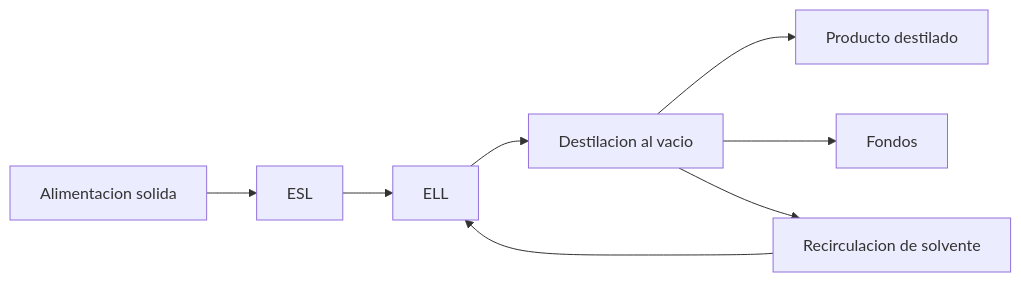
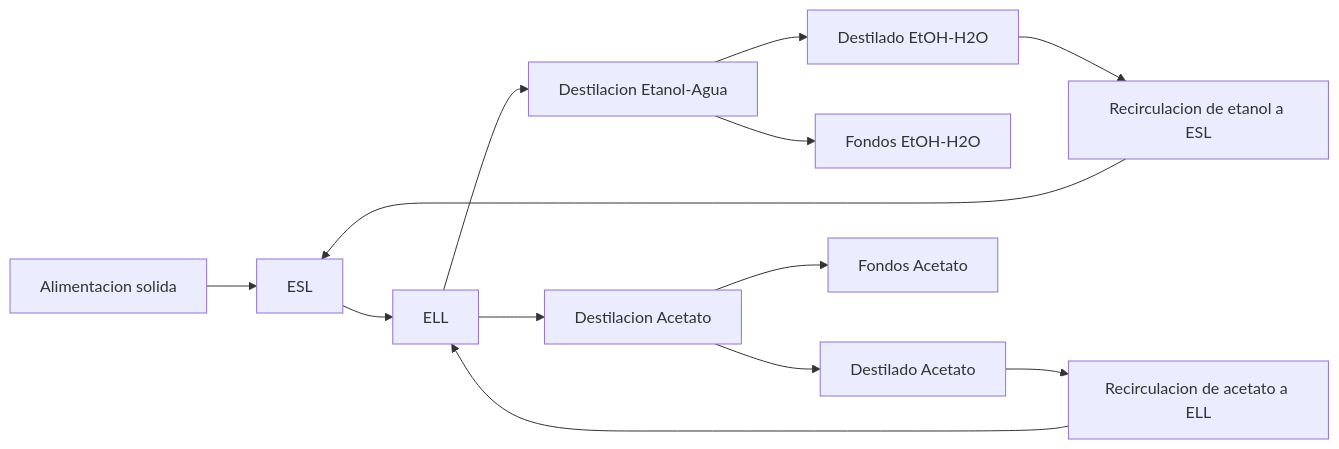
The first of 2 diagrams in PROYECTO_3ER BLOQUE/docs/Informe_3er_Bloque.md (FosforoWork/Fenomenological_Digital_Model_Unit_Processes), drawn with Mermaid before and after one commit. The commit also changed other lines of this file and 16 other files, not shown here.

Commit message:
Add documentation for tamizado calculations and operations unitarias; implement graph generation for ELL and McCabe-Thiele diagrams

````diff
--- a/PROYECTO_3ER BLOQUE/docs/Informe_3er_Bloque.md
+++ b/PROYECTO_3ER BLOQUE/docs/Informe_3er_Bloque.md
@@ -45,10 +52,15 @@
 ```mermaid
 flowchart LR
-	A[Alimentacion solida] --> B[ESL]
-	B --> C[ELL]
-	C --> D[Destilacion al vacio]
-	D --> E[Producto destilado]
-	D --> F[Fondos]
-	D --> G[Recirculacion de solvente]
-	G --> C
+    A[Alimentacion solida] --> B[ESL]
+    B --> C[ELL]
+    C --> D1[Destilacion Etanol-Agua]
+    C --> D2[Destilacion Acetato]
+    D1 --> E1[Destilado EtOH-H2O]
+    D1 --> F1[Fondos EtOH-H2O]
+    D2 --> E2[Destilado Acetato]
+    D2 --> F2[Fondos Acetato]
+    E1 --> R1[Recirculacion de etanol a ESL]
+    E2 --> R2[Recirculacion de acetato a ELL]
+    R1 --> B
+    R2 --> C
 ```
````
